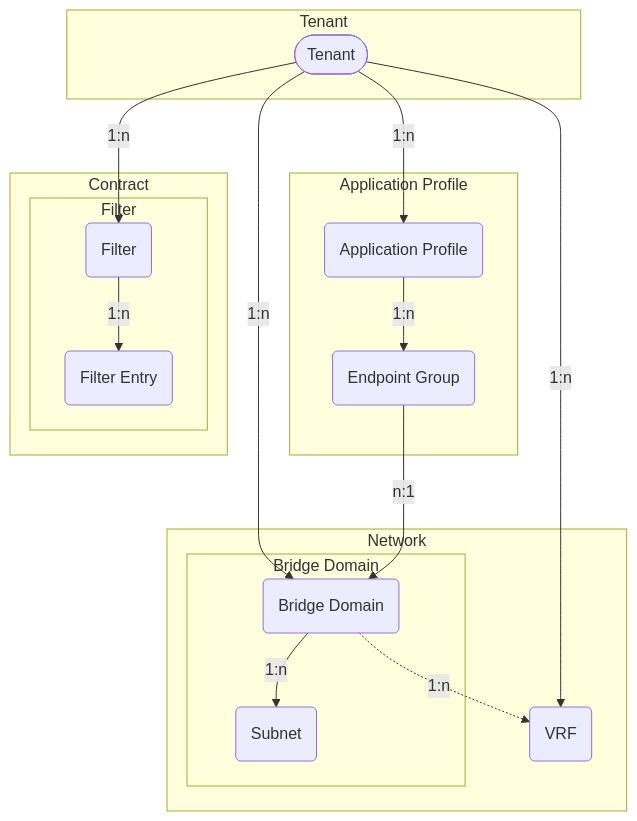
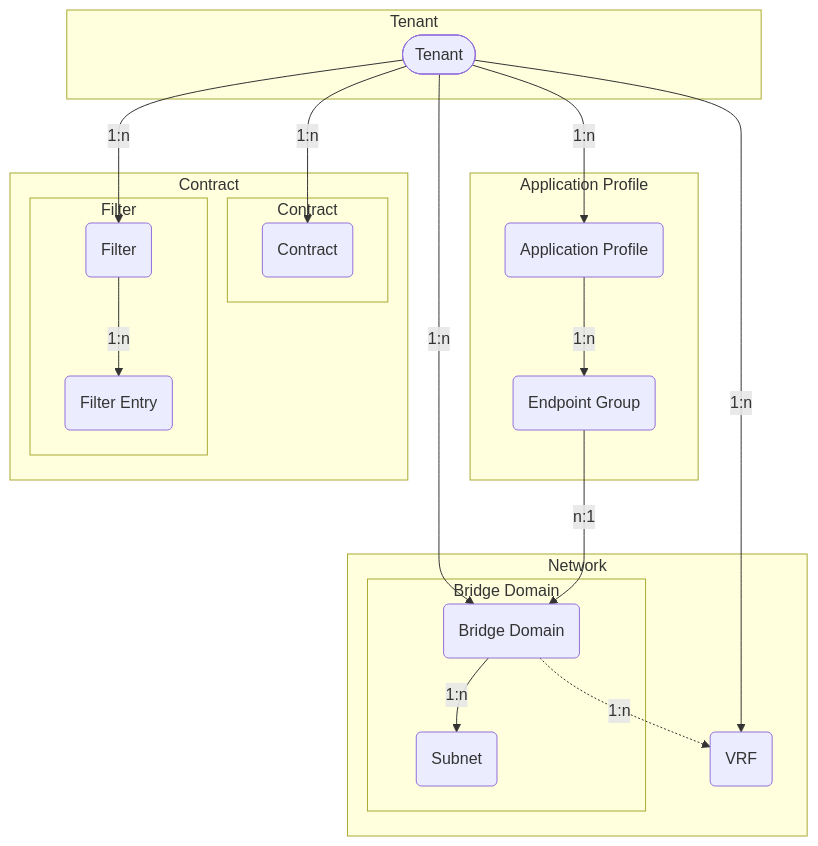
Before and after one commit to pheus/netbox-aci-plugin: the diagram in docs/features/tenants.md, drawn with Mermaid. The commit also changed other lines of this file, not shown here.

First line of the commit message:
docs(contracts): Add Contract documentation

````diff
--- a/docs/features/tenants.md
+++ b/docs/features/tenants.md
@@ -6,33 +6,37 @@
 ```mermaid
 flowchart TD
     TN([Tenant])
     AP(Application Profile)
     EPG(Endpoint Group)
     VRF(VRF)
     BD(Bridge Domain)
     SN(Subnet)
+    CT(Contract)
     FT(Filter)
     FTE(Filter Entry)
     subgraph graphTN [Tenant]
         TN
     end
     subgraph graphAP [Application Profile]
         TN -->|1:n| AP
         AP -->|1:n| EPG
     end
     subgraph graphNW [Network]
         subgraph graphBD [Bridge Domain]
             TN -->|1:n| BD
             BD -->|1:n| SN
         end
         BD -.->|1:n| VRF
         TN -->|1:n| VRF
     end
     subgraph graphCT [Contract]
+        subgraph graphCTS [Contract]
+            TN -->|1:n| CT
+        end
         subgraph graphFT [Filter]
             TN -->|1:n| FT
             FT -->|1:n| FTE
         end
     end
     EPG -->|n:1| BD
 ```
````
